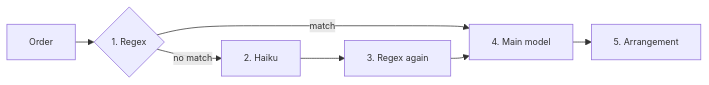
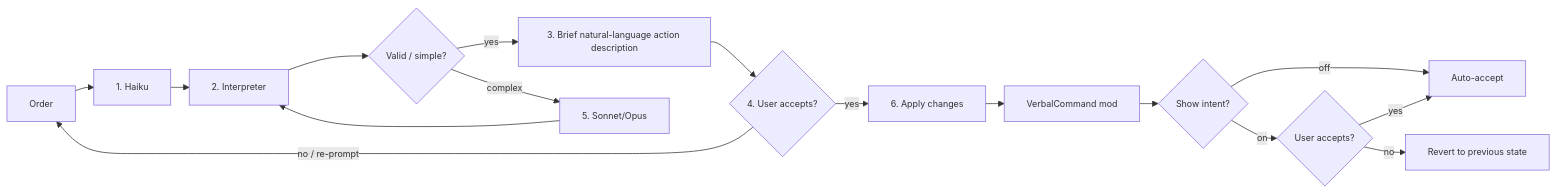
The diagram in README.md (dongk99/RimworldVerbalCommands), drawn with Mermaid before and after one commit. The commit also changed other lines of this file, not shown here.

````diff
--- a/README.md
+++ b/README.md
@@ -8,10 +8,19 @@
 ```mermaid
 %%{init: {'flowchart': {'nodeSpacing': 20, 'rankSpacing': 25}, 'themeVariables': {'fontSize': '12px'}}}%%
 flowchart LR
-    A[Order] --> B{1. Regex}
-    B -- match --> E[4. Main model]
-    B -- no match --> C[2. Haiku]
-    C --> D[3. Regex again]
-    D --> E
-    E --> F[5. Arrangement]
+    A[Order] --> B[1. Haiku]
+    B --> C[2. Interpreter]
+    C --> D{Valid / simple?}
+    D -- yes --> E[3. Brief natural-language action description]
+    E --> F{4. User accepts?}
+    F -- yes --> G[6. Apply changes]
+    F -- no / re-prompt --> A
+    D -- complex --> H[5. Sonnet/Opus]
+    H --> C
+    G --> I[VerbalCommand mod]
+    I --> J{Show intent?}
+    J -- off --> K[Auto-accept]
+    J -- on --> L{User accepts?}
+    L -- yes --> K
+    L -- no --> M[Revert to previous state]
 ```
````
